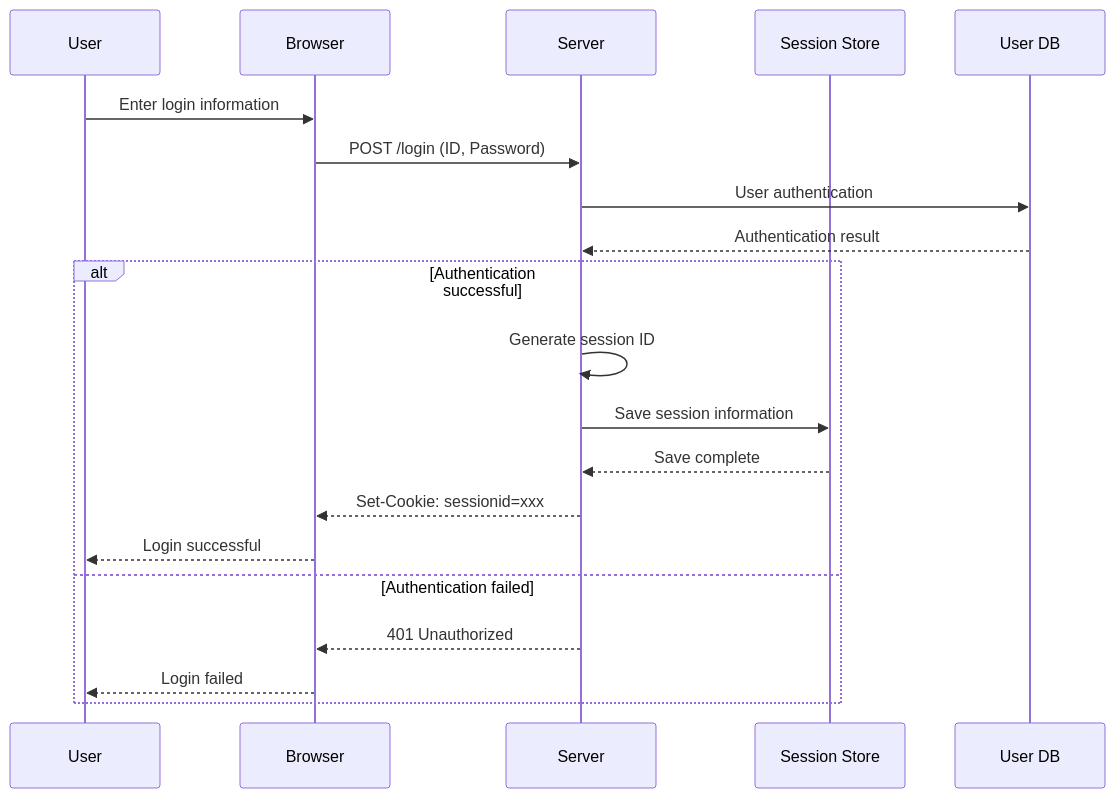
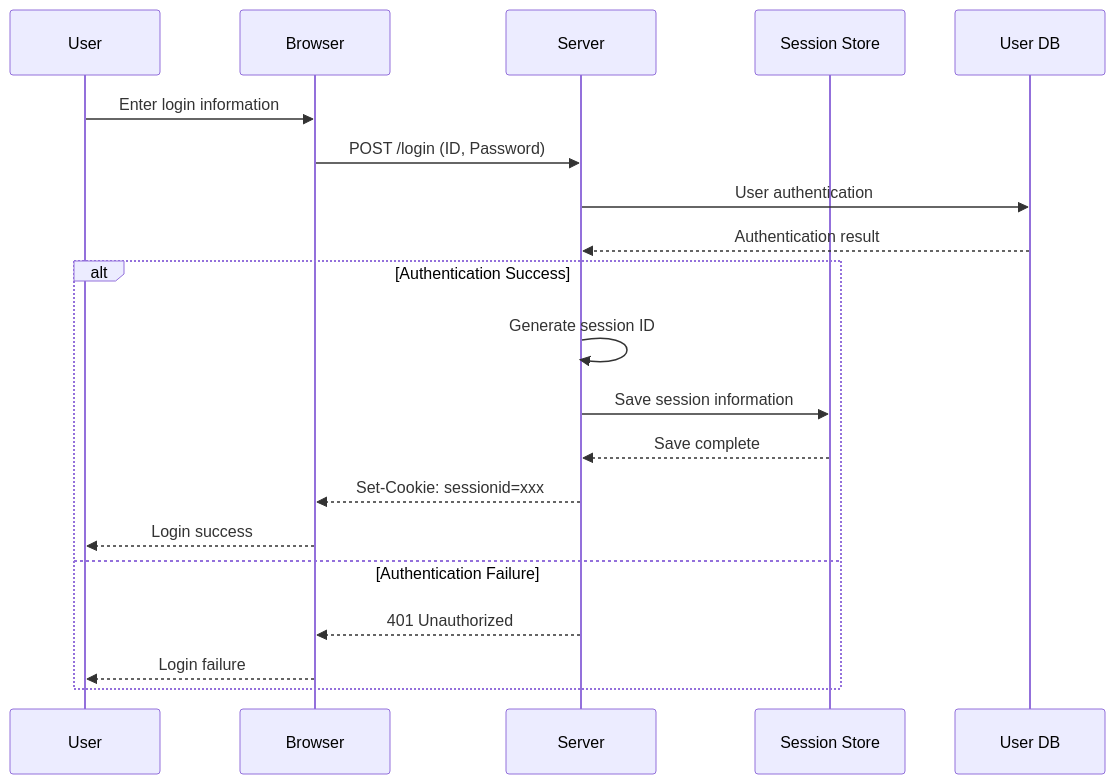
Before and after one commit to bmf-san/bmf-tech: the second of 8 diagrams in content/en/posts/session-token-authentication.md, drawn with Mermaid. The commit also changed other lines of this file and 425 other files, not shown here.

````diff
--- a/content/en/posts/session-token-authentication.md
+++ b/content/en/posts/session-token-authentication.md
@@ -125,24 +127,24 @@
 ```mermaid
 sequenceDiagram
     participant U as User
     participant B as Browser
     participant S as Server
     participant SS as Session Store
     participant DB as User DB
 
     U->>B: Enter login information
     B->>S: POST /login (ID, Password)
     S->>DB: User authentication
     DB-->>S: Authentication result
 
-    alt Authentication successful
+    alt Authentication Success
         S->>S: Generate session ID
         S->>SS: Save session information
         SS-->>S: Save complete
         S-->>B: Set-Cookie: sessionid=xxx
-        B-->>U: Login successful
-    else Authentication failed
+        B-->>U: Login success
+    else Authentication Failure
         S-->>B: 401 Unauthorized
-        B-->>U: Login failed
+        B-->>U: Login failure
     end
 ```
````
